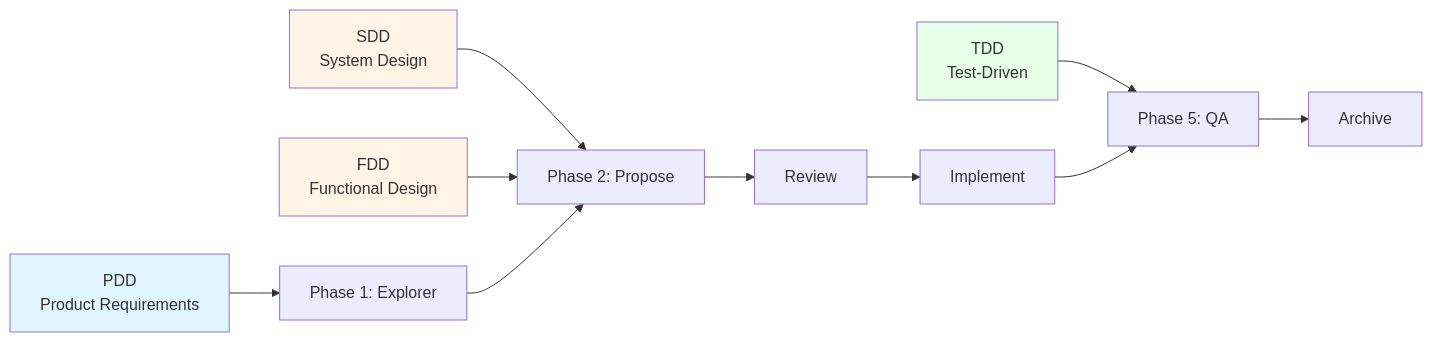
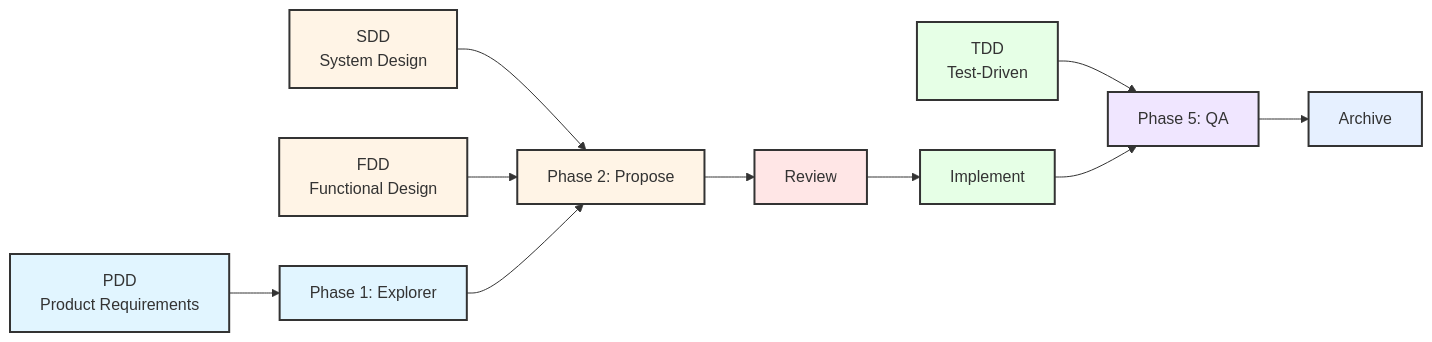
The tenth of 10 diagrams in ENGINEERING_MANUAL.md (listener-He/java-harness-agent), drawn with Mermaid before and after one commit. The commit also changed other lines of this file and 3 other files, not shown here.

First line of the commit message:
style(docs): 统一文档中的流程图样式定义

````diff
--- a/ENGINEERING_MANUAL.md
+++ b/ENGINEERING_MANUAL.md
@@ -1468,14 +1476,20 @@
 ```mermaid
 flowchart LR
   PDD[PDD<br/>Product Requirements] --> Explorer[Phase 1: Explorer]
   SDD[SDD<br/>System Design] --> Propose[Phase 2: Propose]
   FDD[FDD<br/>Functional Design] --> Propose
   TDD[TDD<br/>Test-Driven] --> QA[Phase 5: QA]
 
   Explorer --> Propose --> Review --> Implement --> QA --> Archive
 
-  style PDD fill:#e1f5ff
-  style SDD fill:#fff4e6
-  style FDD fill:#fff4e6
-  style TDD fill:#e6ffe6
+  style PDD fill:#e1f5ff,stroke:#333,stroke-width:2px
+  style SDD fill:#fff4e6,stroke:#333,stroke-width:2px
+  style FDD fill:#fff4e6,stroke:#333,stroke-width:2px
+  style TDD fill:#e6ffe6,stroke:#333,stroke-width:2px
+  style Explorer fill:#e1f5ff,stroke:#333,stroke-width:2px
+  style Propose fill:#fff4e6,stroke:#333,stroke-width:2px
+  style Review fill:#ffe6e6,stroke:#333,stroke-width:2px
+  style Implement fill:#e6ffe6,stroke:#333,stroke-width:2px
+  style QA fill:#f0e6ff,stroke:#333,stroke-width:2px
+  style Archive fill:#e6f0ff,stroke:#333,stroke-width:2px
 ```
````
